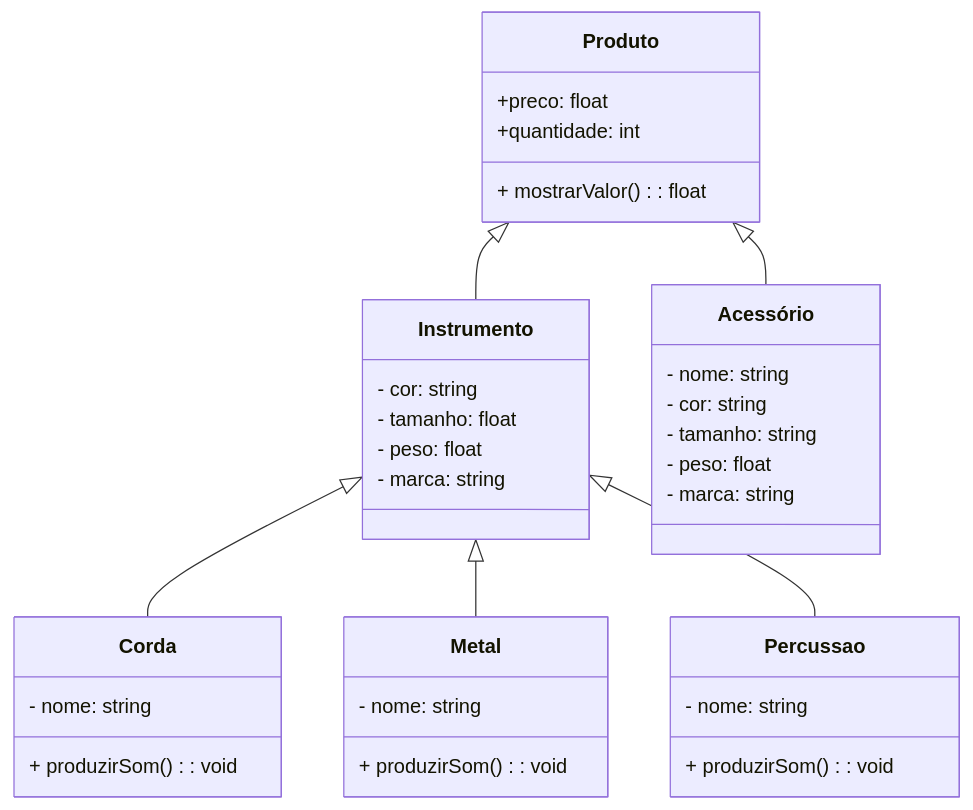
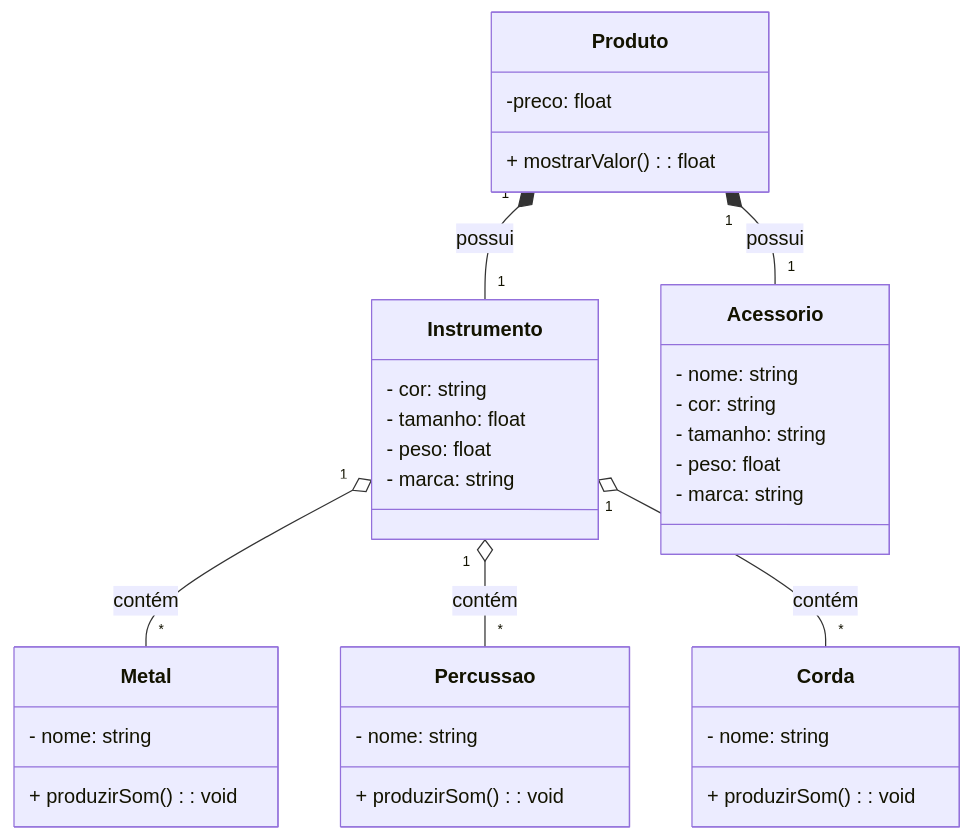
Before and after one commit to LucasQueiroz10/poojavaceub-grupo-7: the diagram in Produto.md, drawn with Mermaid.

````diff
--- a/Produto.md
+++ b/Produto.md
@@ -1,41 +1,40 @@
 ```mermaid
 classDiagram
   class Produto {
-  +preco: float
-  +quantidade: int
+  -preco: float
   + mostrarValor(): float
 }
   class Instrumento {
   - cor: string
   - tamanho: float
   - peso: float
   - marca: string
 }
-  class Acessório {
+  class Acessorio {
   - nome: string
   - cor: string
   - tamanho: string
   - peso: float
   - marca: string
   }
-Produto <|-- Instrumento
-Produto <|-- Acessório
 
   class Corda {
   - nome: string
   + produzirSom(): void
 }
   class Metal {
   - nome: string
   + produzirSom(): void
 }
   class Percussao {
   - nome: string
   + produzirSom(): void
 }
 
-Instrumento <|-- Corda
-Instrumento <|-- Metal
-Instrumento <|-- Percussao
 
+Instrumento "1" o-- "*" Metal: contém
+Instrumento "1" o-- "*" Percussao: contém
+Instrumento "1" o-- "*" Corda: contém
+Produto "1" *-- "1" Instrumento: possui
+Produto "1" *-- "1" Acessorio: possui
 ```
````
